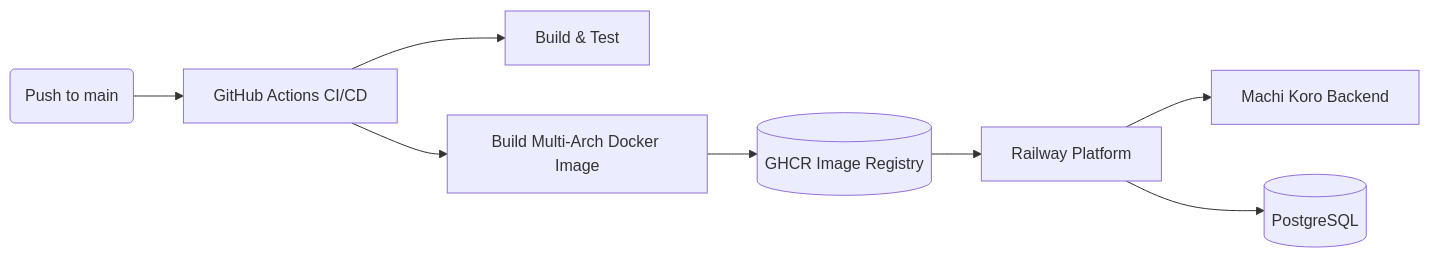
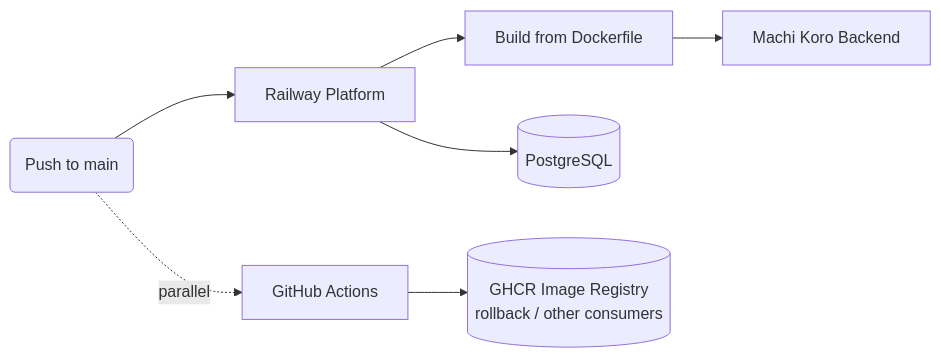
One commit to SE2-Machi-Koro/Server changed the second of 2 diagrams in README.md. Above: the diagram before and after it, drawn with Mermaid. The commit also changed other lines of this file and 3 other files, not shown here.

````diff
--- a/README.md
+++ b/README.md
@@ -354,10 +354,9 @@
 ```mermaid
 flowchart LR
-    Push(Push to main) --> Action[GitHub Actions CI/CD]
-    Action --> Test[Build & Test]
-    Action --> Docker[Build Multi-Arch Docker Image]
-    Docker --> GHCR[(GHCR Image Registry)]
-    GHCR --> Railway[Railway Platform]
-    Railway --> Backend[Machi Koro Backend]
+    Push(Push to main) --> Railway[Railway Platform]
+    Railway --> Build[Build from Dockerfile]
+    Build --> Backend[Machi Koro Backend]
     Railway --> DB[(PostgreSQL)]
+    Push -. parallel .-> Action[GitHub Actions]
+    Action --> GHCR[(GHCR Image Registry<br/>rollback / other consumers)]
 ```
````
